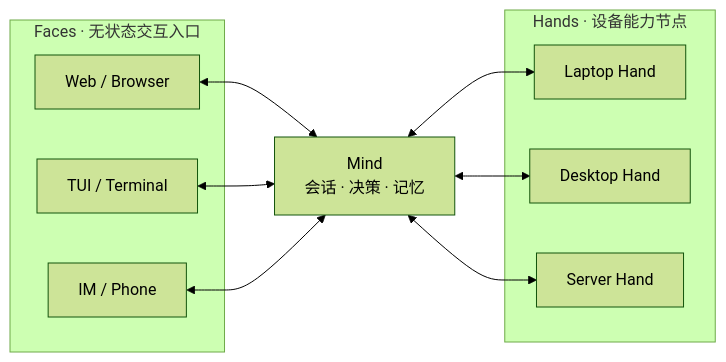
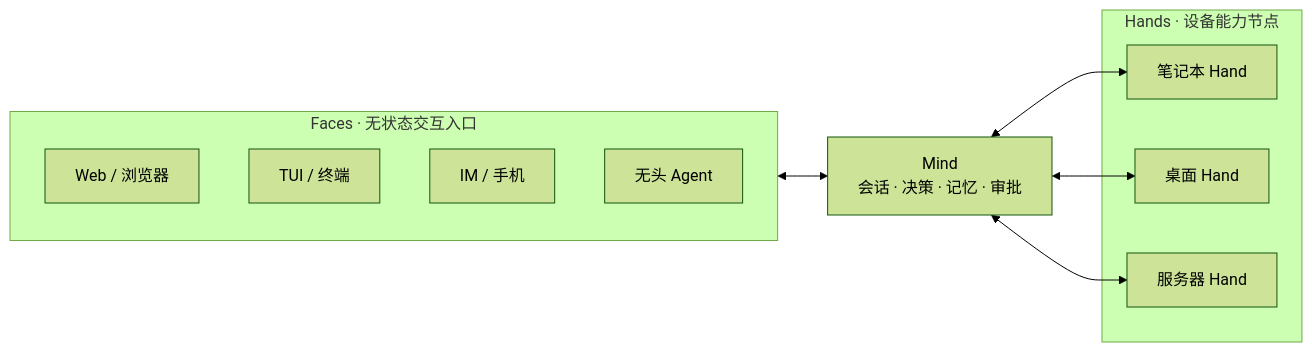
The diagram in README.md (Sheyiyuan/half-pi), drawn with Mermaid (forest theme) before and after one commit. The commit also changed other lines of this file and 2 other files, not shown here.

````diff
--- a/README.md
+++ b/README.md
@@ -61,23 +60,22 @@
 ```mermaid
 flowchart LR
     subgraph Faces["Faces · 无状态交互入口"]
-        Web["Web / Browser"]
-        TUI["TUI / Terminal"]
-        IM["IM / Phone"]
+        Web["Web / 浏览器"]
+        TUI["TUI / 终端"]
+        IM["IM / 手机"]
+        Agent["无头 Agent"]
     end
 
-    Mind["Mind<br/>会话 · 决策 · 记忆"]
+    Mind["Mind<br/>会话 · 决策 · 记忆 · 审批"]
 
     subgraph Hands["Hands · 设备能力节点"]
-        Laptop["Laptop Hand"]
-        Desktop["Desktop Hand"]
-        Server["Server Hand"]
+        Laptop["笔记本 Hand"]
+        Desktop["桌面 Hand"]
+        Server["服务器 Hand"]
     end
 
-    Web <--> Mind
-    TUI <--> Mind
-    IM <--> Mind
+    Faces <--> Mind
     Mind <--> Laptop
     Mind <--> Desktop
     Mind <--> Server
 ```
````
